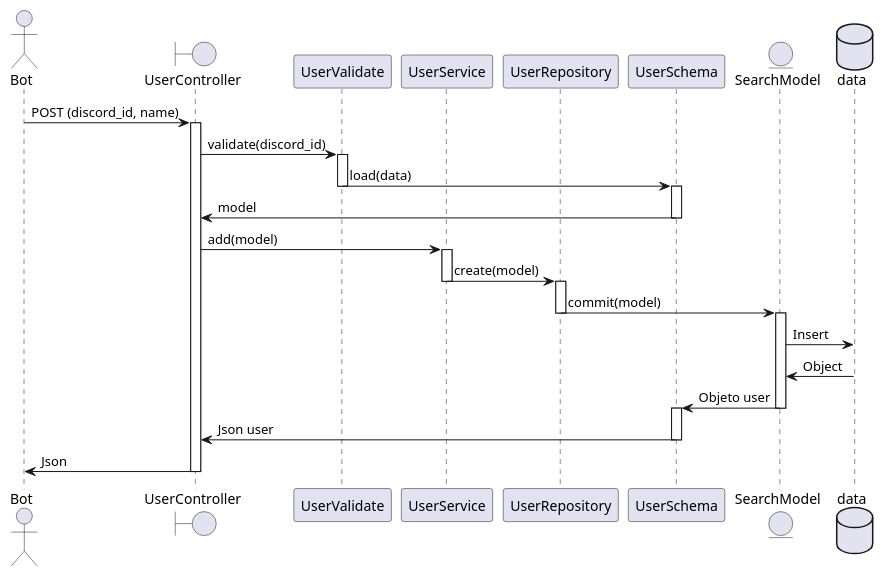
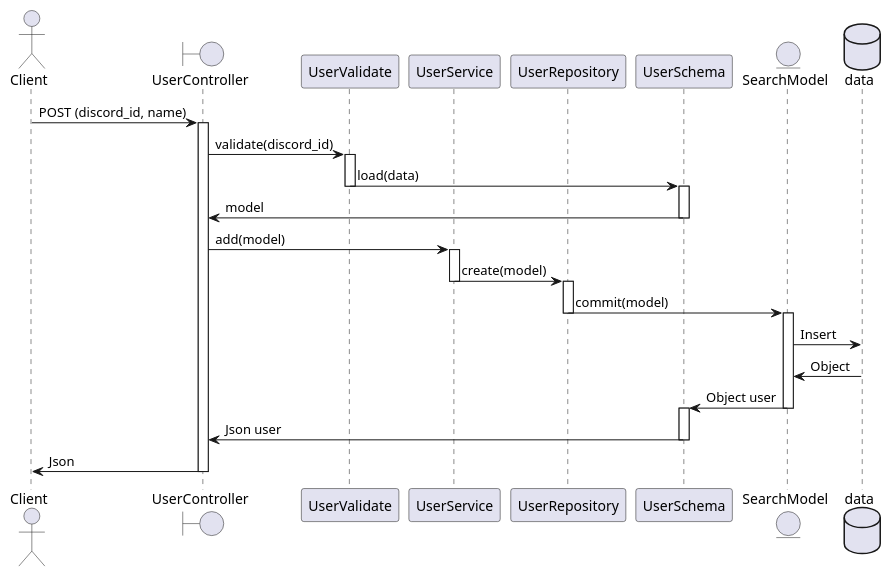
The diagram in docs/diagrama_secuencia_user_bot.puml (j0k3rD/Bot_Courses_UM), drawn with PlantUML before and after one commit. The commit also changed 8 other files, not shown here.

Commit message:
created all diagrams of sequency

```diff
--- a/docs/diagrama_secuencia_user_bot.puml
+++ b/docs/diagrama_secuencia_user_bot.puml
@@ -1,43 +1,42 @@
 @startuml
 
 ' Almacenar Busquedas mediante bot.
 
-actor Bot
+actor Client
 boundary UserController
 
 participant UserValidate
 participant UserService
 participant UserRepository
 participant UserSchema
 entity SearchModel
 database data
 
-Bot -> UserController: POST (discord_id, name)
+Client -> UserController: POST (discord_id, name)
 activate UserController
 UserController -> UserValidate: validate(discord_id)
 activate UserValidate
 UserValidate -> UserSchema: load(data)
 deactivate UserValidate
 activate UserSchema
 UserSchema -> UserController: model
 deactivate UserSchema
 UserController -> UserService: add(model)
 activate UserService
 UserService -> UserRepository: create(model)
 deactivate UserService
 activate UserRepository
 UserRepository -> SearchModel: commit(model)
 deactivate UserRepository
 activate SearchModel
 SearchModel -> data: Insert
 SearchModel <- data: Object
-SearchModel -> UserSchema: Objeto user
+SearchModel -> UserSchema: Object user
 deactivate SearchModel
 activate UserSchema
 UserSchema -> UserController: Json user
 deactivate UserSchema
-deactivate UserSchema
-UserController -> Bot : Json
+UserController -> Client : Json
 deactivate UserController
 
 @enduml
```
